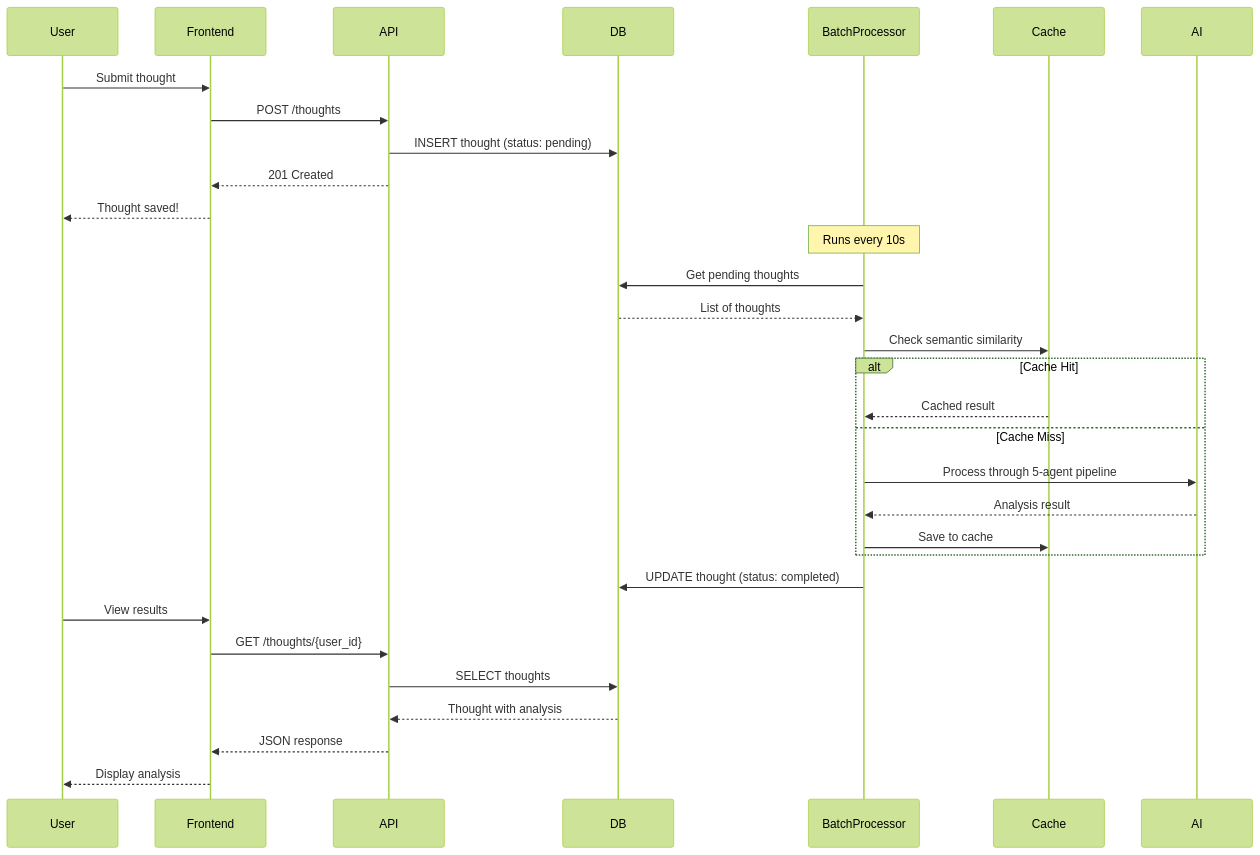
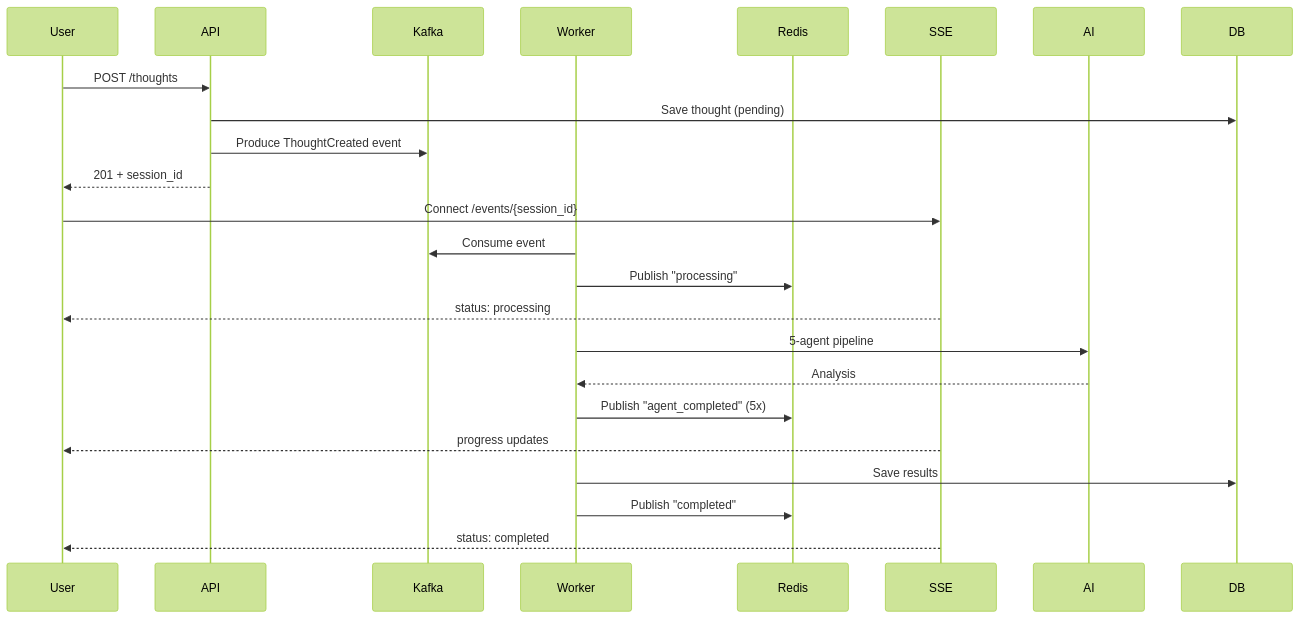
One commit to Mieraidihaimu/RAGMultiAgent changed the second of 2 diagrams in README.md. Above: the diagram before and after it, drawn with Mermaid (forest theme). The commit also changed other lines of this file, not shown here.

First line of the commit message:
Simplify README and update architecture diagrams

````diff
--- a/README.md
+++ b/README.md
@@ -125,39 +85,31 @@
 ```mermaid
 sequenceDiagram
     participant User
-    participant Frontend
     participant API
-    participant DB
-    participant BatchProcessor
-    participant Cache
+    participant Kafka
+    participant Worker
+    participant Redis
+    participant SSE
     participant AI
     
-    User->>Frontend: Submit thought
-    Frontend->>API: POST /thoughts
-    API->>DB: INSERT thought (status: pending)
-    API-->>Frontend: 201 Created
-    Frontend-->>User: Thought saved!
+    User->>API: POST /thoughts
+    API->>DB: Save thought (pending)
+    API->>Kafka: Produce ThoughtCreated event
+    API-->>User: 201 + session_id
     
-    Note over BatchProcessor: Runs every 10s
+    User->>SSE: Connect /events/{session_id}
     
-    BatchProcessor->>DB: Get pending thoughts
-    DB-->>BatchProcessor: List of thoughts
+    Worker->>Kafka: Consume event
+    Worker->>Redis: Publish "processing"
+    SSE-->>User: status: processing
     
-    BatchProcessor->>Cache: Check semantic similarity
-    alt Cache Hit
-        Cache-->>BatchProcessor: Cached result
-    else Cache Miss
-        BatchProcessor->>AI: Process through 5-agent pipeline
-        AI-->>BatchProcessor: Analysis result
-        BatchProcessor->>Cache: Save to cache
-    end
+    Worker->>AI: 5-agent pipeline
+    AI-->>Worker: Analysis
     
-    BatchProcessor->>DB: UPDATE thought (status: completed)
+    Worker->>Redis: Publish "agent_completed" (5x)
+    SSE-->>User: progress updates
     
-    User->>Frontend: View results
-    Frontend->>API: GET /thoughts/{user_id}
-    API->>DB: SELECT thoughts
-    DB-->>API: Thought with analysis
-    API-->>Frontend: JSON response
-    Frontend-->>User: Display analysis
+    Worker->>DB: Save results
+    Worker->>Redis: Publish "completed"
+    SSE-->>User: status: completed
 ```
````
